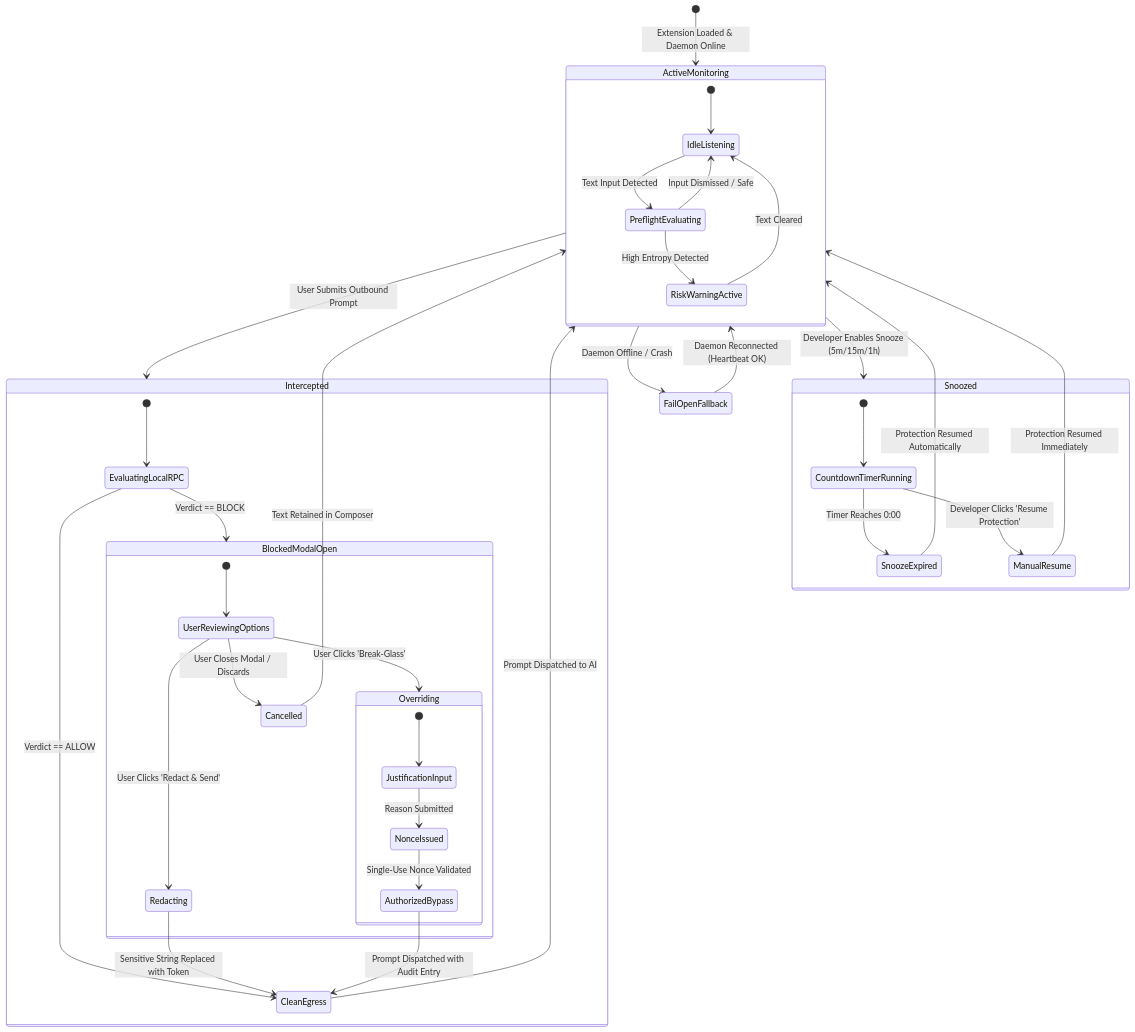
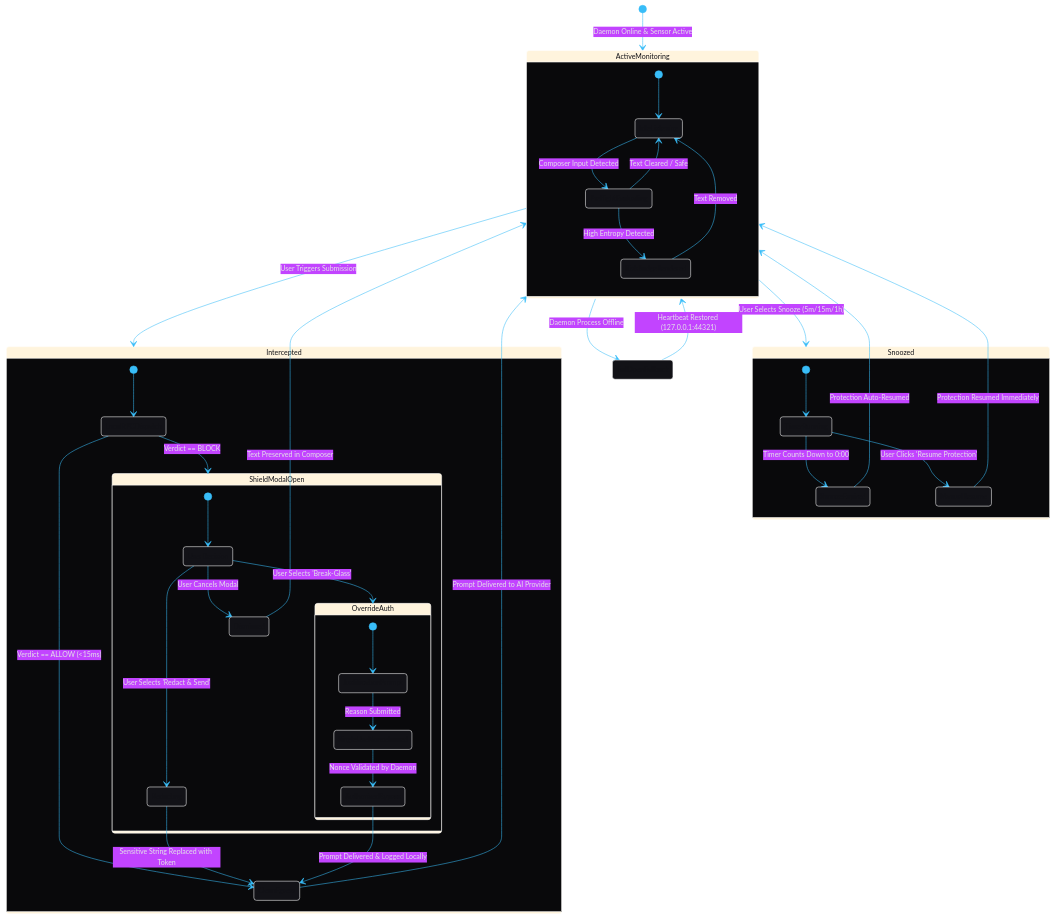
The fourth of 5 diagrams in docs/ARCHITECTURE.md (sudohackfu/saif-free-tier), drawn with Mermaid before and after one commit. The commit also changed other lines of this file and 3 other files, not shown here.

Commit message:
docs(style): theme Mermaid diagrams to match dark cybersecurity aesthetic and embed infographics

````diff
--- a/docs/ARCHITECTURE.md
+++ b/docs/ARCHITECTURE.md
@@ -196,54 +280,72 @@
 ```mermaid
+%%{init: {
+  'theme': 'base',
+  'themeVariables': {
+    'darkMode': true,
+    'background': '#09090b',
+    'stateBkg': '#121217',
+    'stateBorder': '#3b82f6',
+    'stateTextColor': '#60a5fa',
+    'innerStateBkg': '#09090b',
+    'innerStateBorder': '#27272a',
+    'innerStateTextColor': '#f4f4f5',
+    'lineColor': '#38bdf8',
+    'transitionColor': '#38bdf8',
+    'transitionLabelColor': '#e4e4e7',
+    'fontFamily': 'Inter, system-ui, -apple-system, sans-serif',
+    'fontSize': '13px'
+  }
+}}%%
 stateDiagram-v2
-    [*] --> ActiveMonitoring : Extension Loaded & Daemon Online
+    [*] --> ActiveMonitoring : Daemon Online & Sensor Active
 
     state ActiveMonitoring {
         [*] --> IdleListening
-        IdleListening --> PreflightEvaluating : Text Input Detected
-        PreflightEvaluating --> IdleListening : Input Dismissed / Safe
-        PreflightEvaluating --> RiskWarningActive : High Entropy Detected
-        RiskWarningActive --> IdleListening : Text Cleared
+        IdleListening --> PreflightEvaluating : Composer Input Detected
+        PreflightEvaluating --> IdleListening : Text Cleared / Safe
+        PreflightEvaluating --> RiskBadgeRendered : High Entropy Detected
+        RiskBadgeRendered --> IdleListening : Text Removed
     }
 
-    ActiveMonitoring --> Intercepted : User Submits Outbound Prompt
+    ActiveMonitoring --> Intercepted : User Triggers Submission
     
     state Intercepted {
-        [*] --> EvaluatingLocalRPC
-        EvaluatingLocalRPC --> CleanEgress : Verdict == ALLOW
-        EvaluatingLocalRPC --> BlockedModalOpen : Verdict == BLOCK
+        [*] --> LocalRPCDispatch
+        LocalRPCDispatch --> CleanEgress : Verdict == ALLOW (<15ms)
+        LocalRPCDispatch --> ShieldModalOpen : Verdict == BLOCK
     }
 
-    CleanEgress --> ActiveMonitoring : Prompt Dispatched to AI
+    CleanEgress --> ActiveMonitoring : Prompt Delivered to AI Provider
 
-    state BlockedModalOpen {
-        [*] --> UserReviewingOptions
-        UserReviewingOptions --> Redacting : User Clicks 'Redact & Send'
-        UserReviewingOptions --> Overriding : User Clicks 'Break-Glass'
-        UserReviewingOptions --> Cancelled : User Closes Modal / Discards
+    state ShieldModalOpen {
+        [*] --> UserDecision
+        UserDecision --> Redacting : User Selects 'Redact & Send'
+        UserDecision --> OverrideAuth : User Selects 'Break-Glass'
+        UserDecision --> Dismissed : User Cancels Modal
     }
 
     Redacting --> CleanEgress : Sensitive String Replaced with Token
-    Cancelled --> ActiveMonitoring : Text Retained in Composer
+    Dismissed --> ActiveMonitoring : Text Preserved in Composer
 
-    state Overriding {
-        [*] --> JustificationInput
-        JustificationInput --> NonceIssued : Reason Submitted
-        NonceIssued --> AuthorizedBypass : Single-Use Nonce Validated
+    state OverrideAuth {
+        [*] --> JustificationPrompt
+        JustificationPrompt --> SingleUseNonceIssued : Reason Submitted
+        SingleUseNonceIssued --> AuthorizedBypass : Nonce Validated by Daemon
     }
 
-    AuthorizedBypass --> CleanEgress : Prompt Dispatched with Audit Entry
+    AuthorizedBypass --> CleanEgress : Prompt Delivered & Logged Locally
 
-    ActiveMonitoring --> Snoozed : Developer Enables Snooze (5m/15m/1h)
+    ActiveMonitoring --> Snoozed : User Selects Snooze (5m/15m/1h)
     
     state Snoozed {
-        [*] --> CountdownTimerRunning
-        CountdownTimerRunning --> SnoozeExpired : Timer Reaches 0:00
-        CountdownTimerRunning --> ManualResume : Developer Clicks 'Resume Protection'
+        [*] --> TimerRunning
+        TimerRunning --> SnoozeExpired : Timer Counts Down to 0:00
+        TimerRunning --> ManualResume : User Clicks 'Resume Protection'
     }
 
-    SnoozeExpired --> ActiveMonitoring : Protection Resumed Automatically
+    SnoozeExpired --> ActiveMonitoring : Protection Auto-Resumed
     ManualResume --> ActiveMonitoring : Protection Resumed Immediately
 
-    ActiveMonitoring --> FailOpenFallback : Daemon Offline / Crash
-    FailOpenFallback --> ActiveMonitoring : Daemon Reconnected (Heartbeat OK)
+    ActiveMonitoring --> FailOpenFallback : Daemon Process Offline
+    FailOpenFallback --> ActiveMonitoring : Heartbeat Restored (127.0.0.1:44321)
 ```
````
